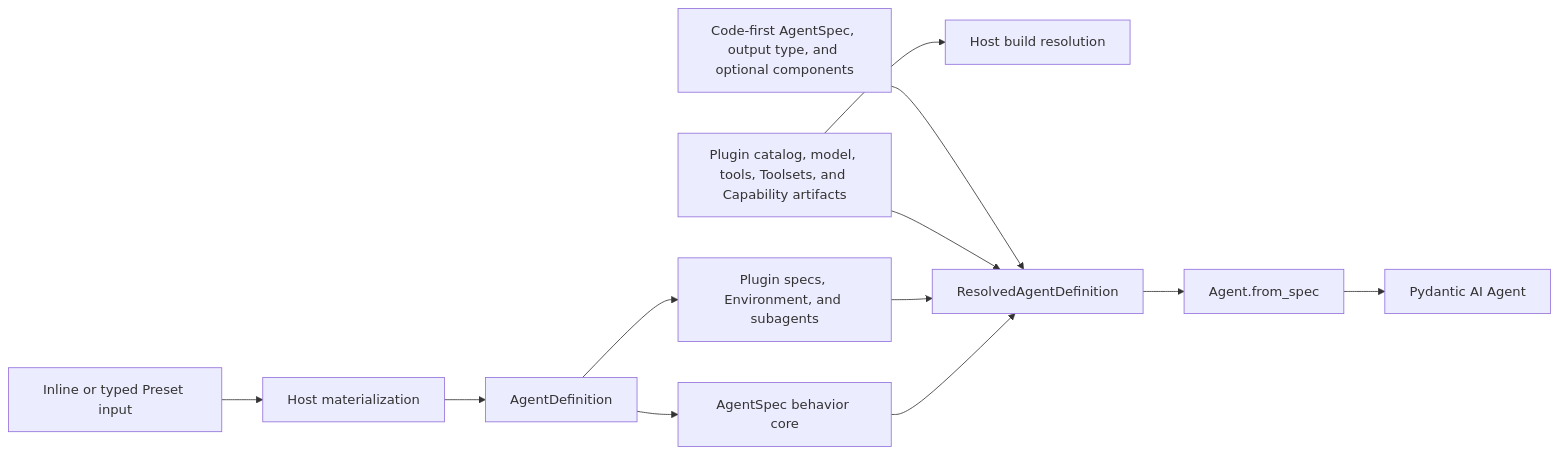
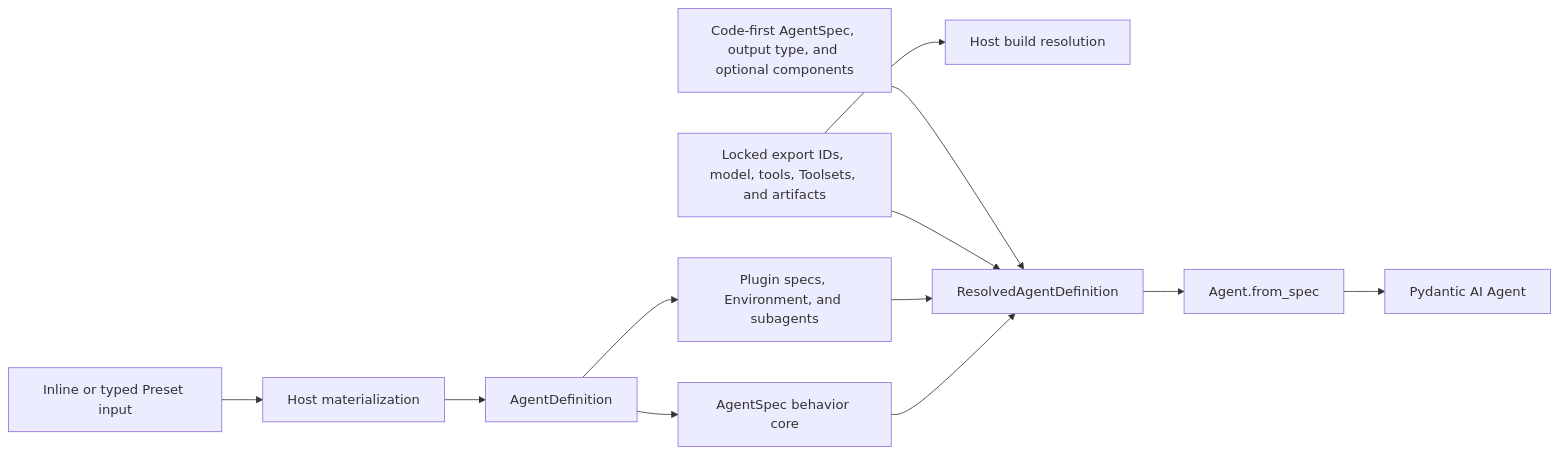
One commit to LTThreeComma/agent-foundation changed the second of 5 diagrams in spec/agent-harness/01-pydantic-ai-foundation.md. Above: the diagram before and after it, drawn with Mermaid. The commit also changed other lines of this file and 19 other files, not shown here.

````diff
--- a/spec/agent-harness/01-pydantic-ai-foundation.md
+++ b/spec/agent-harness/01-pydantic-ai-foundation.md
@@ -81,12 +81,12 @@
 ```mermaid
 flowchart LR
     Input[Inline or typed Preset input] --> Materialize[Host materialization]
     Materialize --> Source[AgentDefinition]
     Source --> PydanticSpec[AgentSpec behavior core]
     Source --> HarnessFields[Plugin specs, Environment, and subagents]
-    Registry[Plugin catalog, model, tools, Toolsets, and Capability artifacts] --> Resolve[Host build resolution]
+    Registry[Locked export IDs, model, tools, Toolsets, and artifacts] --> Resolve[Host build resolution]
     PydanticSpec & HarnessFields & Registry --> Resolved[ResolvedAgentDefinition]
     Code[Code-first AgentSpec, output type, and optional components] --> Resolved
     Resolved --> FromSpec[Agent.from_spec]
     FromSpec --> Agent[Pydantic AI Agent]
 ```
````
